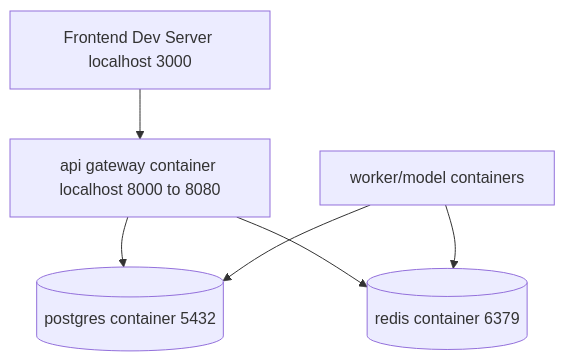
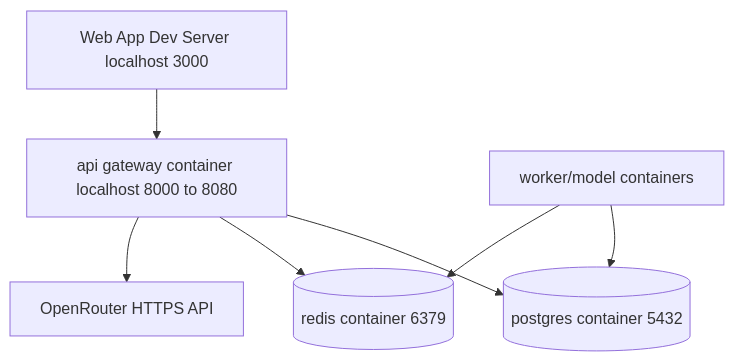
The second of 2 diagrams in README.md (frank-asket/doubow), drawn with Mermaid before and after one commit. The commit also changed other lines of this file and 11 other files, not shown here.

First line of the commit message:
Enhance OpenRouter integration and update documentation

````diff
--- a/README.md
+++ b/README.md
@@ -73,14 +77,16 @@
 ```mermaid
 flowchart TB
-  FE[Frontend Dev Server localhost 3000]
+  FE[Web App Dev Server localhost 3000]
   API[api gateway container localhost 8000 to 8080]
+  LLM[OpenRouter HTTPS API]
   PG[(postgres container 5432)]
   R[(redis container 6379)]
   W[worker/model containers]
 
   FE --> API
   API --> PG
   API --> R
+  API --> LLM
   W --> PG
   W --> R
 ```
````
